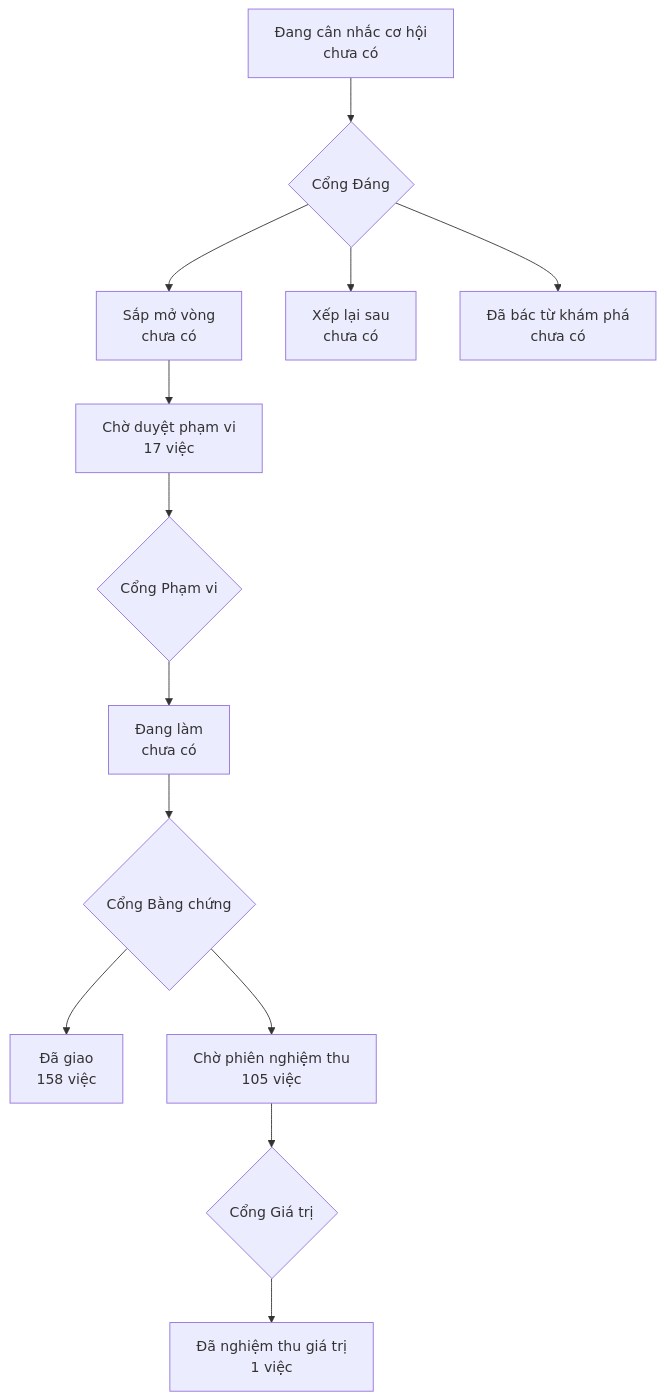
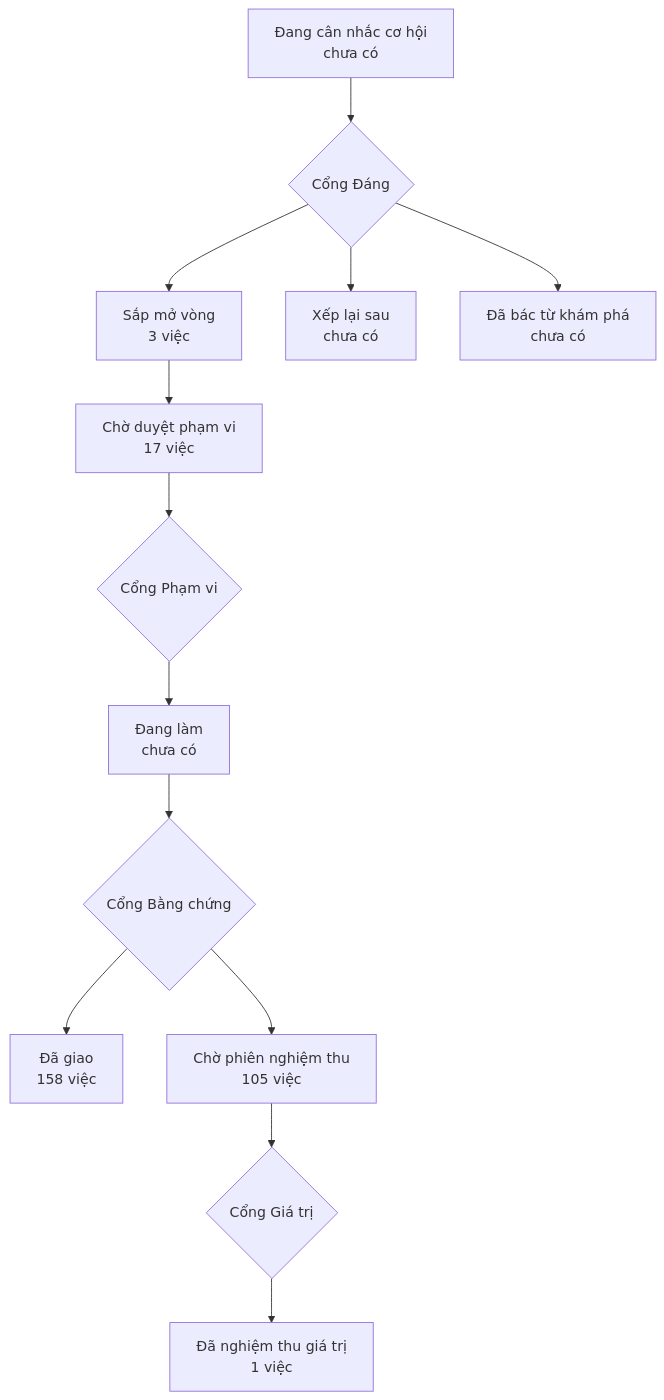
The diagram in PRODUCT-MAP.md (phanlemanh/onehub-invest), drawn with Mermaid before and after one commit. The commit also changed other lines of this file and 1 other file, not shown here.

````diff
--- a/PRODUCT-MAP.md
+++ b/PRODUCT-MAP.md
@@ -7,12 +7,12 @@
 ```mermaid
 flowchart TD
   A["Đang cân nhắc cơ hội<br/>chưa có"] --> GD{"Cổng Đáng"}
-  GD --> B["Sắp mở vòng<br/>chưa có"]
+  GD --> B["Sắp mở vòng<br/>3 việc"]
   GD --> XL["Xếp lại sau<br/>chưa có"]
   GD --> DB["Đã bác từ khám phá<br/>chưa có"]
   B --> CD["Chờ duyệt phạm vi<br/>17 việc"] --> GP{"Cổng Phạm vi"}
   GP --> DL["Đang làm<br/>chưa có"] --> GB{"Cổng Bằng chứng"}
   GB --> DG["Đã giao<br/>158 việc"]
   GB --> CN["Chờ phiên nghiệm thu<br/>105 việc"] --> GG{"Cổng Giá trị"}
   GG --> NT["Đã nghiệm thu giá trị<br/>1 việc"]
 ```
````
